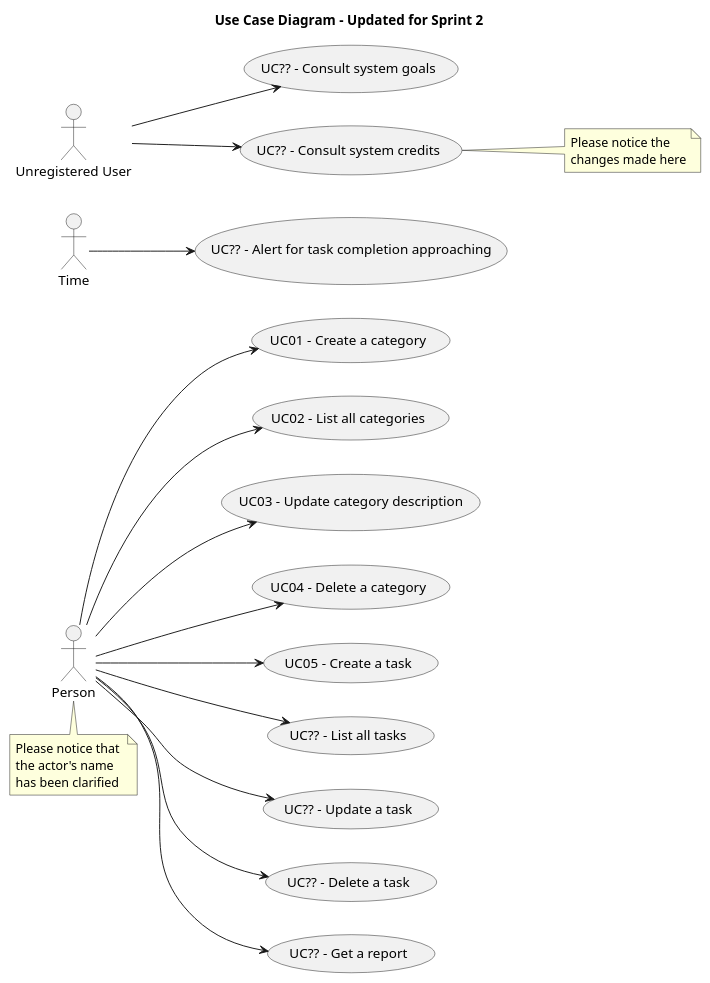
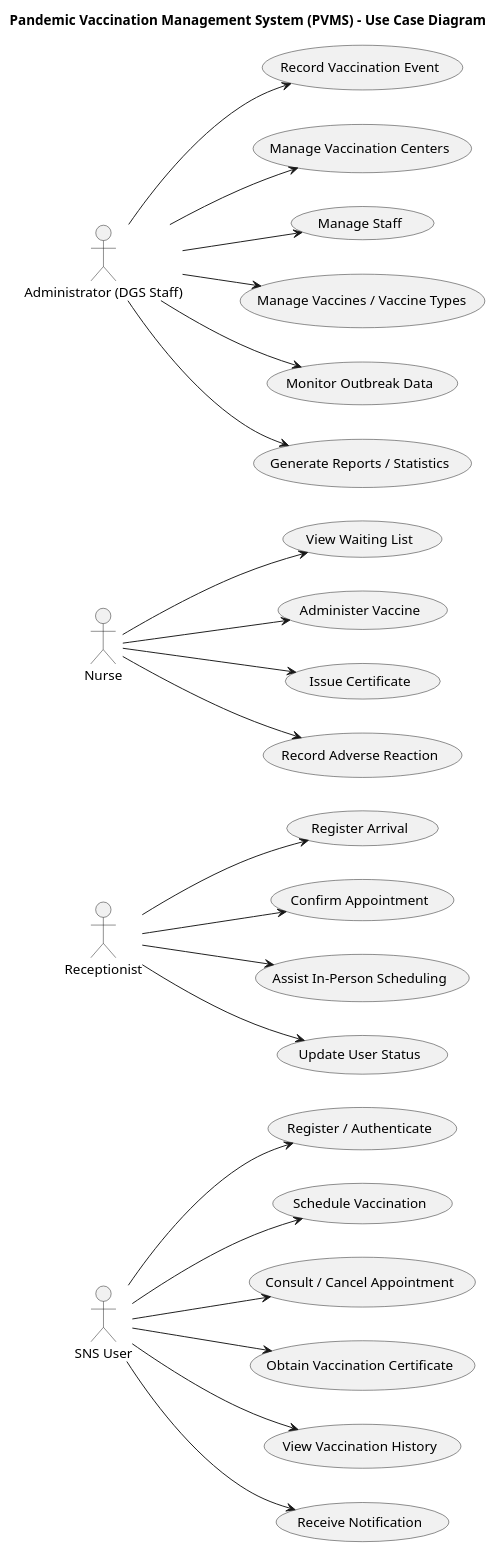
One commit to Parafita123/leti-esoft-25-26-B1 changed the diagram in docs/Sprint1/system-documentation/global-artifacts/puml/UCD.puml. Above: the diagram before and after it, drawn with PlantUML. The commit also changed 1 other file, not shown here.

```diff
--- a/docs/Sprint1/system-documentation/global-artifacts/puml/UCD.puml
+++ b/docs/Sprint1/system-documentation/global-artifacts/puml/UCD.puml
@@ -1,48 +1,62 @@
 @startuml
-'https://plantuml.com/use-case-diagram
-
-title Use Case Diagram - Updated for Sprint 2
-
+title Pandemic Vaccination Management System (PVMS) - Use Case Diagram
 left to right direction
 
-actor :Time: as System
-actor :Person: as Person
-note bottom: Please notice that \nthe actor's name \nhas been clarified
-actor :Unregistered User: as NotAuthUser
+actor "SNS User" as User
+actor "Receptionist" as Receptionist
+actor "Nurse" as Nurse
+actor "Administrator (DGS Staff)" as Admin
 
 
-(UC01 - Create a category) as (CategoryCreate)
-(UC02 - List all categories) as (CategoryList)
-(UC03 - Update category description) as (CategoryDescriptionUpdate)
-(UC04 - Delete a category) as (CategoryDelete)
+  (Register / Authenticate) as UC1
+  (Schedule Vaccination) as UC2
+  (Consult / Cancel Appointment) as UC3
+  (Obtain Vaccination Certificate) as UC4
+  (View Vaccination History) as UC5
+  (Receive Notification) as UC6
 
-(UC05 - Create a task) as (TaskCreate)
-(UC?? - List all tasks) as (TaskList)
-(UC?? - Update a task) as (TaskUpdate)
-(UC?? - Delete a task) as (TaskDelete)
+  (Register Arrival) as UC7
+  (Confirm Appointment) as UC8
+  (Assist In-Person Scheduling) as UC9
+  (Update User Status) as UC10
 
-(UC?? - Get a report) as (GetReport)
+  (View Waiting List) as UC11
+  (Administer Vaccine) as UC12
+  (Record Vaccination Event) as UC13
+  (Issue Certificate) as UC14
+  (Record Adverse Reaction) as UC15
 
-(UC?? - Alert for task completion approaching) as (TaskAlert)
-
-(UC?? - Consult system goals) as (SystemGoals)
-(UC?? - Consult system credits) as (SystemCredits)
+  (Manage Vaccination Centers) as UC16
+  (Manage Staff) as UC17
+  (Manage Vaccines / Vaccine Types) as UC18
+  (Monitor Outbreak Data) as UC19
+  (Generate Reports / Statistics) as UC20
 
 
-NotAuthUser --> SystemGoals
-NotAuthUser --> SystemCredits
+'--- Associations ---
+User --> UC1
+User --> UC2
+User --> UC3
+User --> UC4
+User --> UC5
+User --> UC6
 
-Person --> CategoryCreate
-Person --> CategoryList
-Person --> CategoryDescriptionUpdate
-note right: Please notice the \nchanges made here
-Person --> CategoryDelete
-Person --> TaskCreate
-Person --> TaskList
-Person --> TaskUpdate
-Person --> TaskDelete
-Person --> GetReport
+Receptionist --> UC7
+Receptionist --> UC8
+Receptionist --> UC9
+Receptionist --> UC10
 
-System --> TaskAlert
+Nurse --> UC11
+Nurse --> UC12
+Nurse --> UC14
+Nurse --> UC15
+
+Admin --> UC16
+Admin --> UC17
+Admin --> UC18
+Admin --> UC19
+Admin --> UC20
+Admin --> UC13
+
 
 @enduml
```
